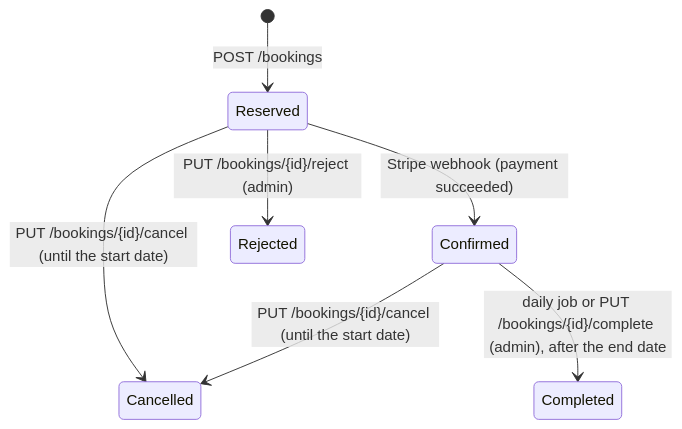
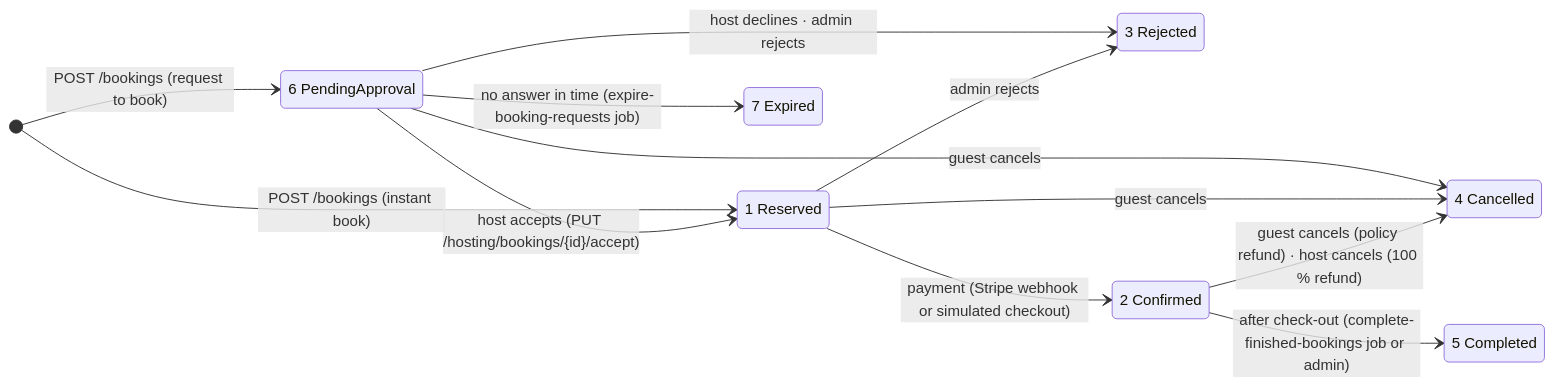
One commit to HilthonTT/Lodge changed the third of 9 diagrams in docs/architecture.md. Above: the diagram before and after it, drawn with Mermaid. The commit also changed other lines of this file and 2 other files, not shown here.

First line of the commit message:
docs: rewrite API reference, architecture and development guides

````diff
--- a/docs/architecture.md
+++ b/docs/architecture.md
@@ -83,9 +101,26 @@
 ```mermaid
 stateDiagram-v2
-    [*] --> Reserved: POST /bookings
-    Reserved --> Confirmed: Stripe webhook (payment succeeded)
-    Reserved --> Rejected: PUT /bookings/{id}/reject (admin)
-    Reserved --> Cancelled: PUT /bookings/{id}/cancel (until the start date)
-    Confirmed --> Cancelled: PUT /bookings/{id}/cancel (until the start date)
-    Confirmed --> Completed: daily job or PUT /bookings/{id}/complete (admin), after the end date
+    direction LR
+    [*] --> PendingApproval: POST /bookings (request to book)
+    [*] --> Reserved: POST /bookings (instant book)
+
+    PendingApproval --> Reserved: host accepts (PUT /hosting/bookings/{id}/accept)
+    PendingApproval --> Rejected: host declines · admin rejects
+    PendingApproval --> Expired: no answer in time (expire-booking-requests job)
+    PendingApproval --> Cancelled: guest cancels
+
+    Reserved --> Confirmed: payment (Stripe webhook or simulated checkout)
+    Reserved --> Rejected: admin rejects
+    Reserved --> Cancelled: guest cancels
+
+    Confirmed --> Cancelled: guest cancels (policy refund) · host cancels (100 % refund)
+    Confirmed --> Completed: after check-out (complete-finished-bookings job or admin)
+
+    PendingApproval: 6 PendingApproval
+    Reserved: 1 Reserved
+    Confirmed: 2 Confirmed
+    Rejected: 3 Rejected
+    Cancelled: 4 Cancelled
+    Completed: 5 Completed
+    Expired: 7 Expired
 ```
````
